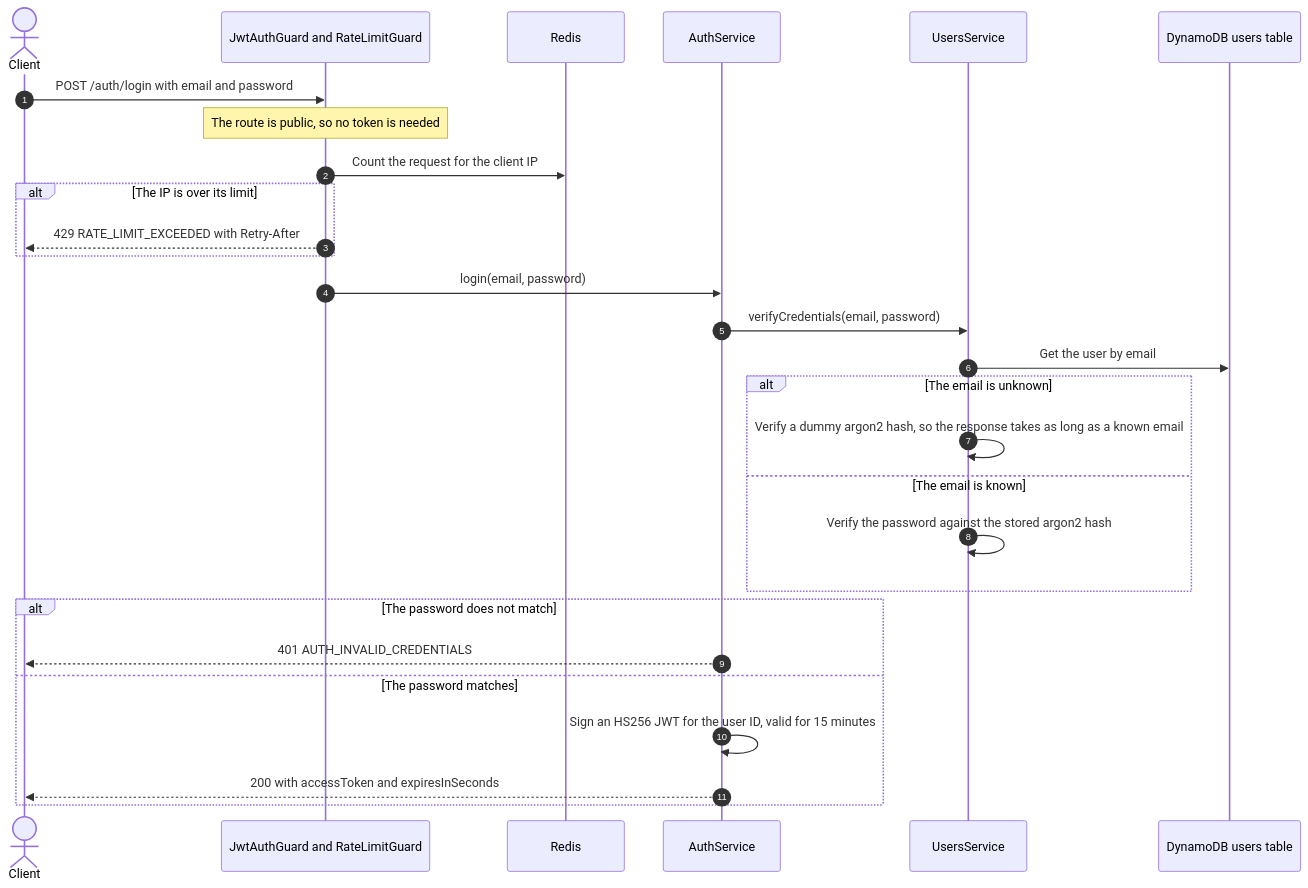
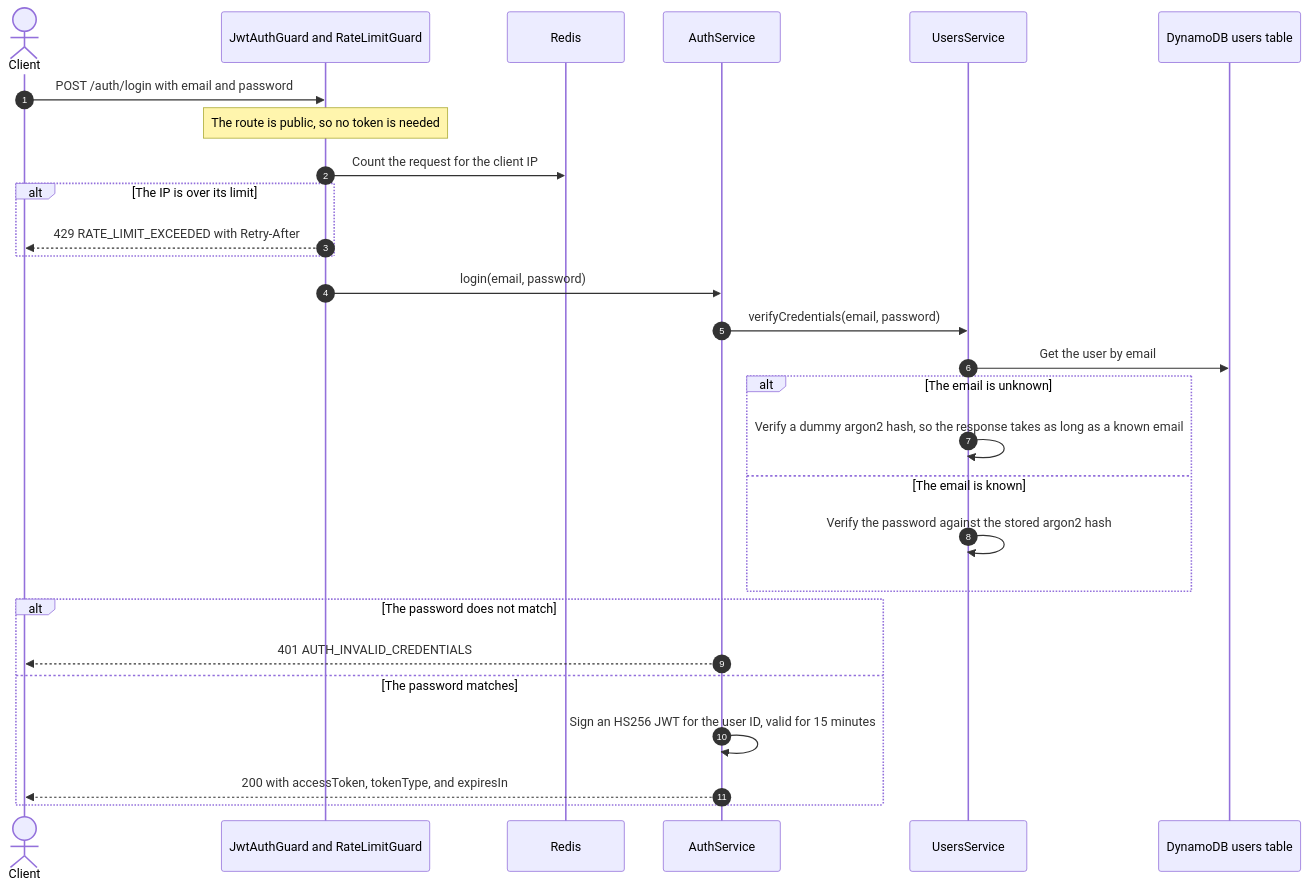
Before and after one commit to dhyoko/stone-product-list: the first of 3 diagrams in docs/flows.md, drawn with Mermaid. The commit also changed 2 other files, not shown here.

Commit message:
docs(front): document the web client
front/README.md covers what the app does, its settings, and its code layout. The root README explains how to run the web app and lists the front-end checks. The login diagram now names the expiresIn field the API returns.

````diff
--- a/docs/flows.md
+++ b/docs/flows.md
@@ -19,31 +19,31 @@
 ```mermaid
 sequenceDiagram
     autonumber
     actor Client
     participant Guards as JwtAuthGuard and RateLimitGuard
     participant Redis
     participant Auth as AuthService
     participant Users as UsersService
     participant DynamoDB as DynamoDB users table
 
     Client->>Guards: POST /auth/login with email and password
     Note over Guards: The route is public, so no token is needed
     Guards->>Redis: Count the request for the client IP
     alt The IP is over its limit
         Guards-->>Client: 429 RATE_LIMIT_EXCEEDED with Retry-After
     end
     Guards->>Auth: login(email, password)
     Auth->>Users: verifyCredentials(email, password)
     Users->>DynamoDB: Get the user by email
     alt The email is unknown
         Users->>Users: Verify a dummy argon2 hash, so the response takes as long as a known email
     else The email is known
         Users->>Users: Verify the password against the stored argon2 hash
     end
     alt The password does not match
         Auth-->>Client: 401 AUTH_INVALID_CREDENTIALS
     else The password matches
         Auth->>Auth: Sign an HS256 JWT for the user ID, valid for 15 minutes
-        Auth-->>Client: 200 with accessToken and expiresInSeconds
+        Auth-->>Client: 200 with accessToken, tokenType, and expiresIn
     end
 ```
````
